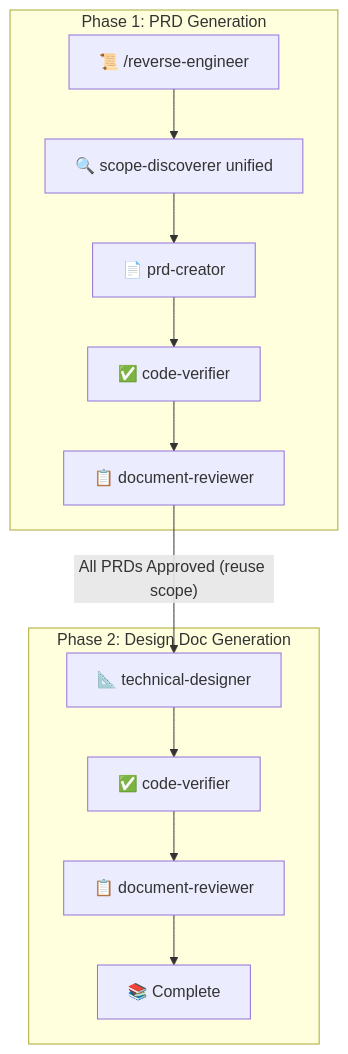
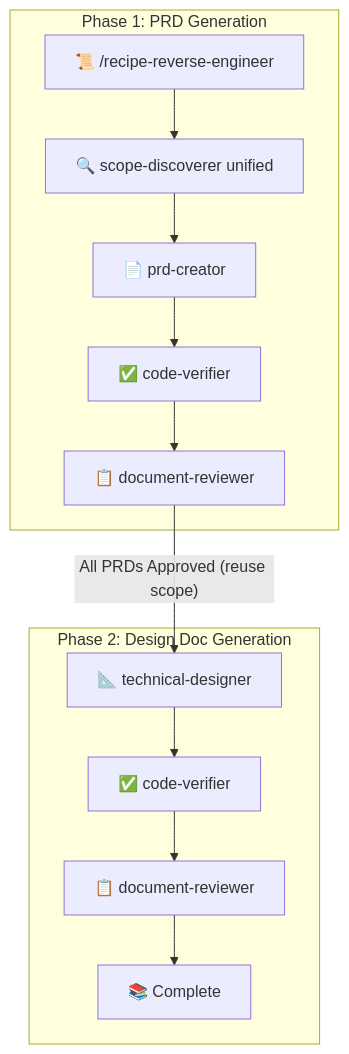
One commit to shinpr/claude-code-workflows changed the third of 3 diagrams in README.md. Above: the diagram before and after it, drawn with Mermaid. The commit also changed other lines of this file and 74 other files, not shown here.

````diff
--- a/README.md
+++ b/README.md
@@ -160,17 +160,17 @@
 ```mermaid
 graph TB
     subgraph Phase1[Phase 1: PRD Generation]
-        CMD[📜 /reverse-engineer] --> SD[🔍 scope-discoverer unified]
+        CMD[📜 /recipe-reverse-engineer] --> SD[🔍 scope-discoverer unified]
         SD --> PRD[📄 prd-creator]
         PRD --> CV1[✅ code-verifier]
         CV1 --> DR1[📋 document-reviewer]
     end
 
     subgraph Phase2[Phase 2: Design Doc Generation]
         TD[📐 technical-designer] --> CV2[✅ code-verifier]
         CV2 --> DR2[📋 document-reviewer]
         DR2 --> DONE[📚 Complete]
     end
 
     DR1 --> |"All PRDs Approved (reuse scope)"| TD
 ```
````
